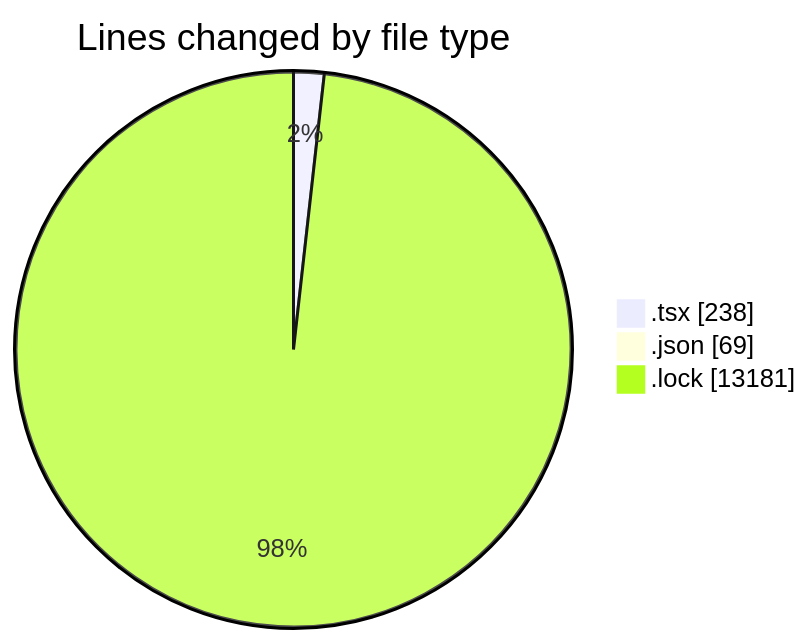
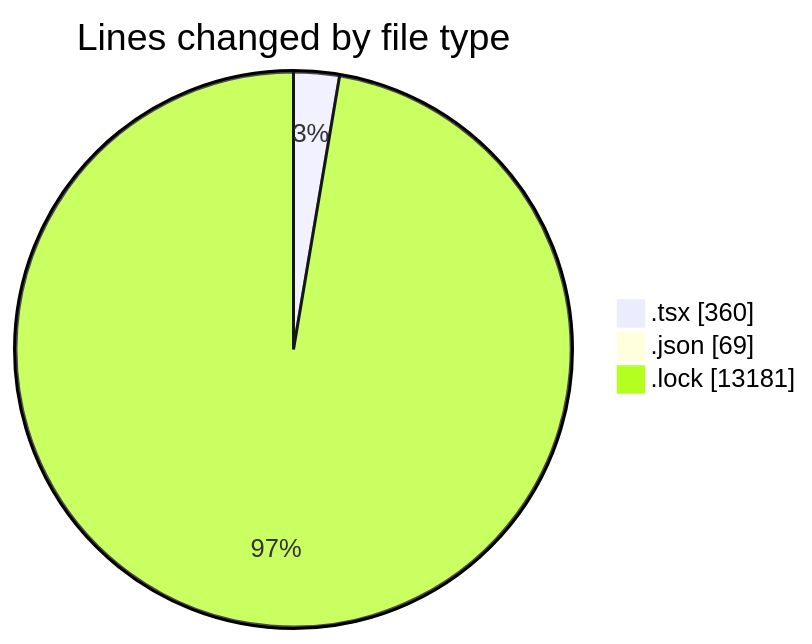
One commit to momahboobian/code-tracking changed the first of 2 diagrams in 2025-03-10/cda/README.md. Above: the diagram before and after it, drawn with Mermaid. The commit also changed other lines of this file and 1 other file, not shown here.

````diff
--- a/2025-03-10/cda/README.md
+++ b/2025-03-10/cda/README.md
@@ -22,7 +23,7 @@
 ```mermaid
 pie showData
 title Lines changed by file type
-".tsx" : 238
+".tsx" : 360
 ".json" : 69
 ".lock" : 13181
 ```
````
